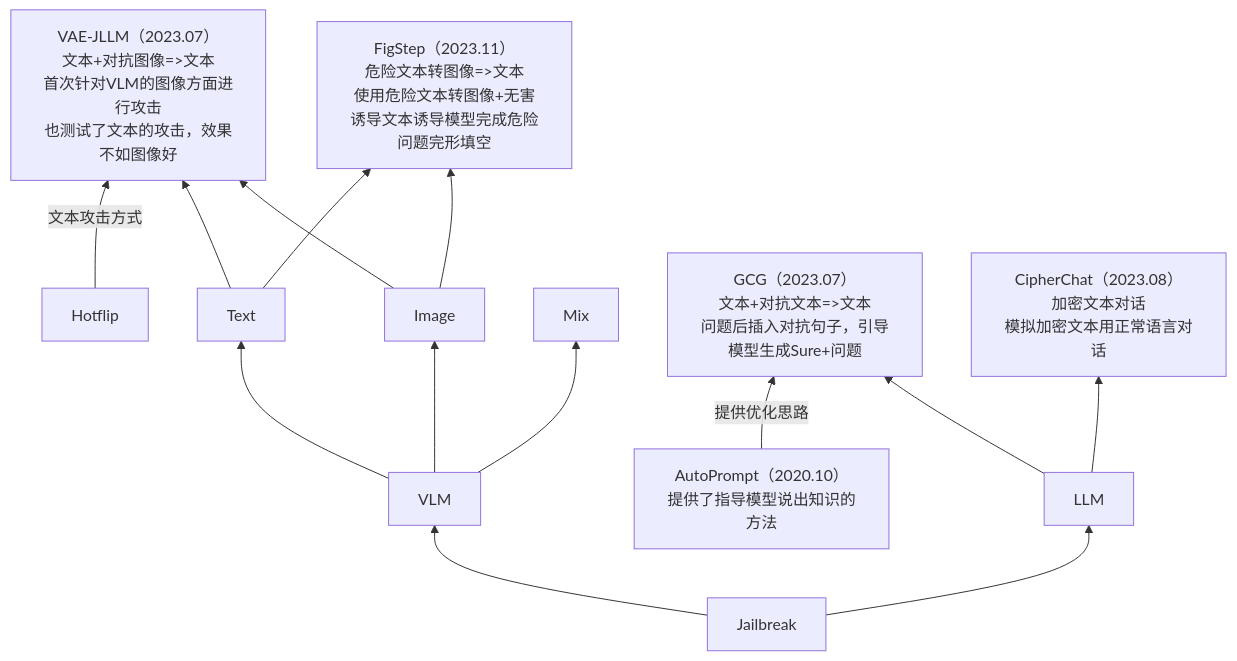
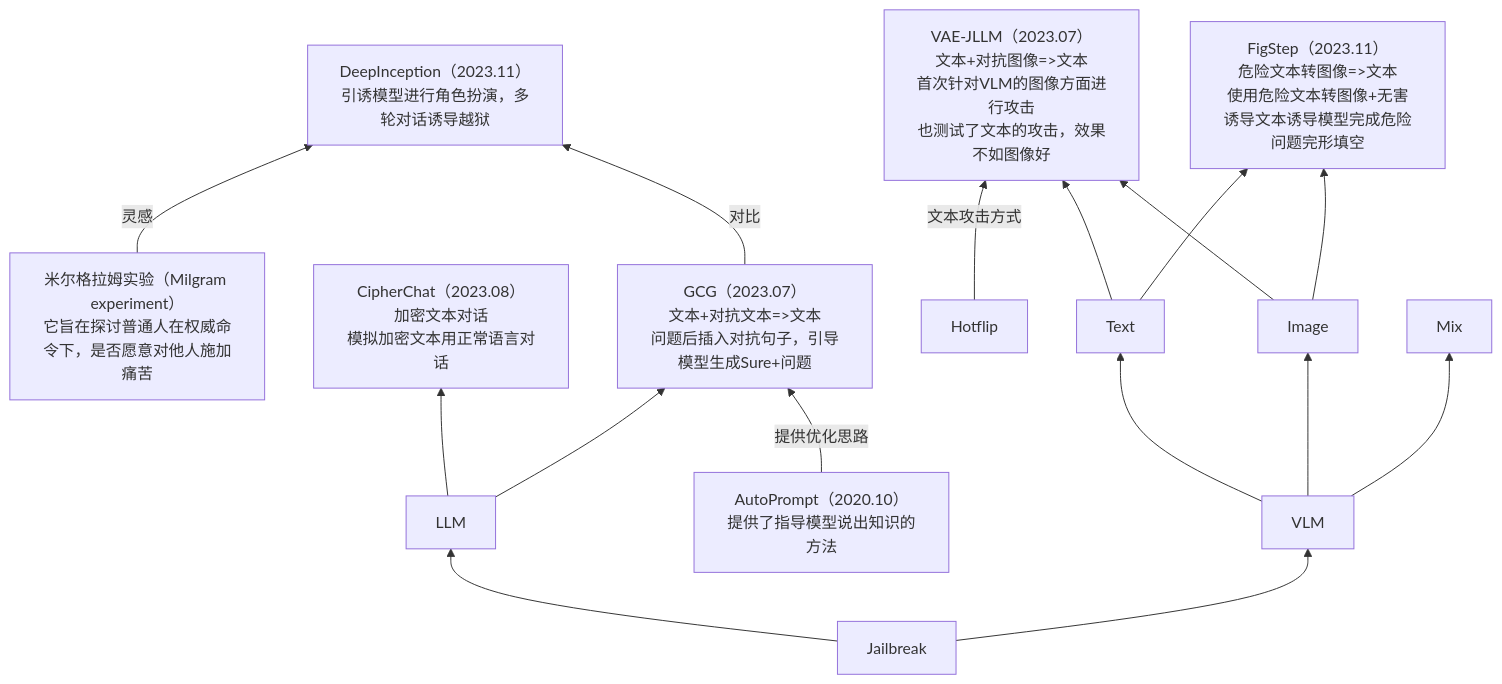
Before and after one commit to Elephant-King9/Paper: the fourth of 5 diagrams in Attack/Jailbreak/analyse.md, drawn with Mermaid. The commit also changed 5 other files, not shown here.

Commit message:
DeepInception: Hypnotize Large Language Model to Be Jailbreaker

````diff
--- a/Attack/Jailbreak/analyse.md
+++ b/Attack/Jailbreak/analyse.md
@@ -53,23 +53,28 @@
 ```mermaid
 flowchart BT
 	Jailbreak-->LLM
+	LLM-->GCG
+	LLM-->CipherChat
+	Milgram_experiment-->|灵感|DeepInception
+	
+	GCG-->|对比|DeepInception
 	Jailbreak-->VLM
 	VLM-->Text
 	VLM-->Image
 	Hotflip-->|文本攻击方式|VAE-JLLM
 	Text-->VAE-JLLM
 	Text-->FigStep
 	Image-->FigStep
 	Image-->VAE-JLLM
 	VLM-->Mix
 	AutoPrompt-->|提供优化思路|GCG
-	LLM-->GCG
-	LLM-->CipherChat
 	
 	
+	DeepInception[DeepInception（2023.11）<br>引诱模型进行角色扮演，多轮对话诱导越狱]
+	Milgram_experiment[米尔格拉姆实验（Milgram experiment）<br>它旨在探讨普通人在权威命令下，是否愿意对他人施加痛苦]
 	AutoPrompt[AutoPrompt（2020.10）<br>提供了指导模型说出知识的方法]
 	GCG[GCG（2023.07）<br>文本+对抗文本=>文本<br>问题后插入对抗句子，引导模型生成Sure+问题]
 	VAE-JLLM[VAE-JLLM（2023.07）<br>文本+对抗图像=>文本<br>首次针对VLM的图像方面进行攻击<br>也测试了文本的攻击，效果不如图像好]
 	FigStep[FigStep（2023.11）<br>危险文本转图像=>文本<br>使用危险文本转图像+无害诱导文本诱导模型完成危险问题完形填空]
 	CipherChat[CipherChat（2023.08）<br>加密文本对话<br>模拟加密文本用正常语言对话]
 ```
````
